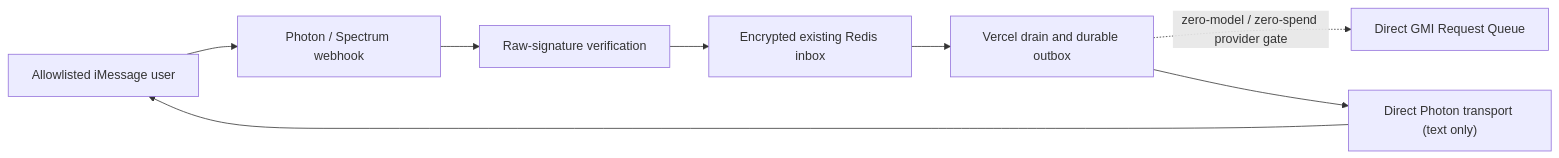
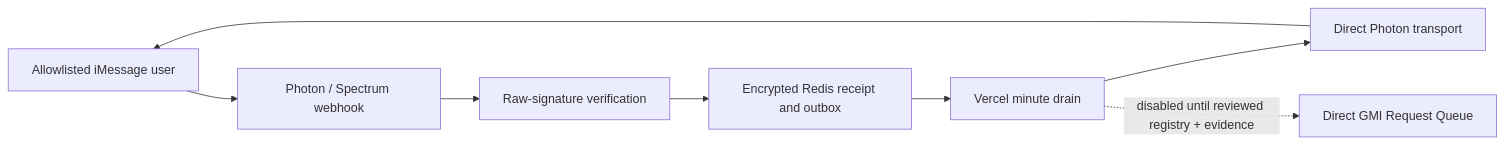
One commit to gratitude5dee/air changed the diagram in README.md. Above: the diagram before and after it, drawn with Mermaid. The commit also changed other lines of this file and 9 other files, not shown here.

````diff
--- a/README.md
+++ b/README.md
@@ -52,10 +48,10 @@
 ```mermaid
 flowchart LR
   I["Allowlisted iMessage user"] --> P["Photon / Spectrum webhook"]
   P --> W["Raw-signature verification"]
-  W --> R["Encrypted existing Redis inbox"]
-  R --> D["Vercel drain and durable outbox"]
-  D -. "zero-model / zero-spend provider gate" .-> G["Direct GMI Request Queue"]
-  D --> T["Direct Photon transport (text only)"]
+  W --> R["Encrypted Redis receipt and outbox"]
+  R --> D["Vercel minute drain"]
+  D --> T["Direct Photon transport"]
   T --> I
+  D -. "disabled until reviewed registry + evidence" .-> G["Direct GMI Request Queue"]
 ```
````
